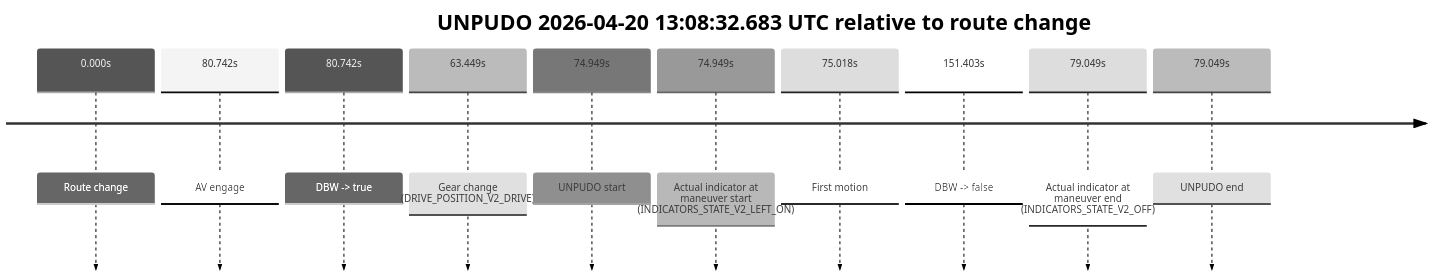
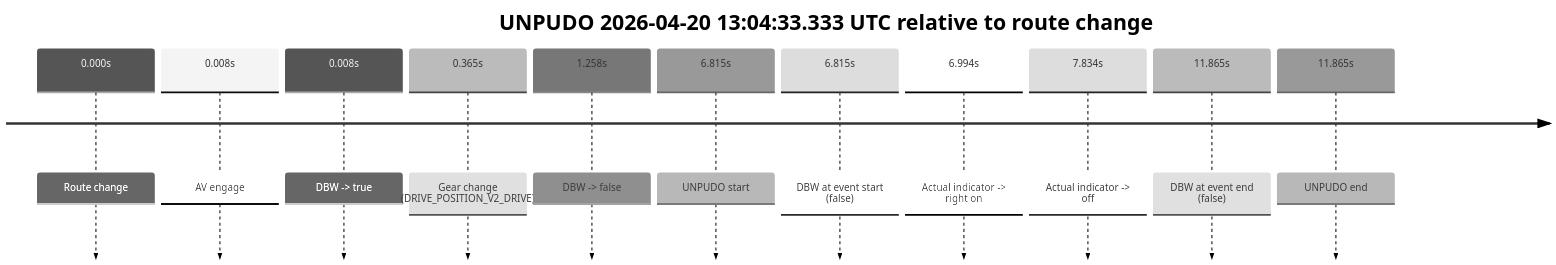
Before and after one commit to yoelshapiro/vault: the first of 4 diagrams in model_analysis/report_cards/2026/04/Week-4/fme20036--2026-04-20--12-58-10--gen2-av-7b765d6a-673a-49d8-8393-4d7eb694735b.md, drawn with Mermaid (neutral theme). The commit also changed other lines of this file and 3 other files, not shown here.

````diff
--- a/model_analysis/report_cards/2026/04/Week-4/fme20036--2026-04-20--12-58-10--gen2-av-7b765d6a-673a-49d8-8393-4d7eb694735b.md
+++ b/model_analysis/report_cards/2026/04/Week-4/fme20036--2026-04-20--12-58-10--gen2-av-7b765d6a-673a-49d8-8393-4d7eb694735b.md
@@ -43,14 +44,15 @@
 ```mermaid
 timeline
-    title UNPUDO 2026-04-20 13:08:32.683 UTC relative to route change
+    title UNPUDO 2026-04-20 13:04:33.333 UTC relative to route change
     0.000s : Route change
-    80.742s : AV engage
-    80.742s : DBW -> true
-    63.449s : Gear change (DRIVE_POSITION_V2_DRIVE)
-    74.949s : UNPUDO start
-    74.949s : Actual indicator at maneuver start (INDICATORS_STATE_V2_LEFT_ON)
-    75.018s : First motion
-    151.403s : DBW -> false
-    79.049s : Actual indicator at maneuver end (INDICATORS_STATE_V2_OFF)
-    79.049s : UNPUDO end
+    0.008s : AV engage
+    0.008s : DBW -> true
+    0.365s : Gear change (DRIVE_POSITION_V2_DRIVE)
+    1.258s : DBW -> false
+    6.815s : UNPUDO start
+    6.815s : DBW at event start (false)
+    6.994s : Actual indicator -> right on
+    7.834s : Actual indicator -> off
+    11.865s : DBW at event end (false)
+    11.865s : UNPUDO end
 ```
````
